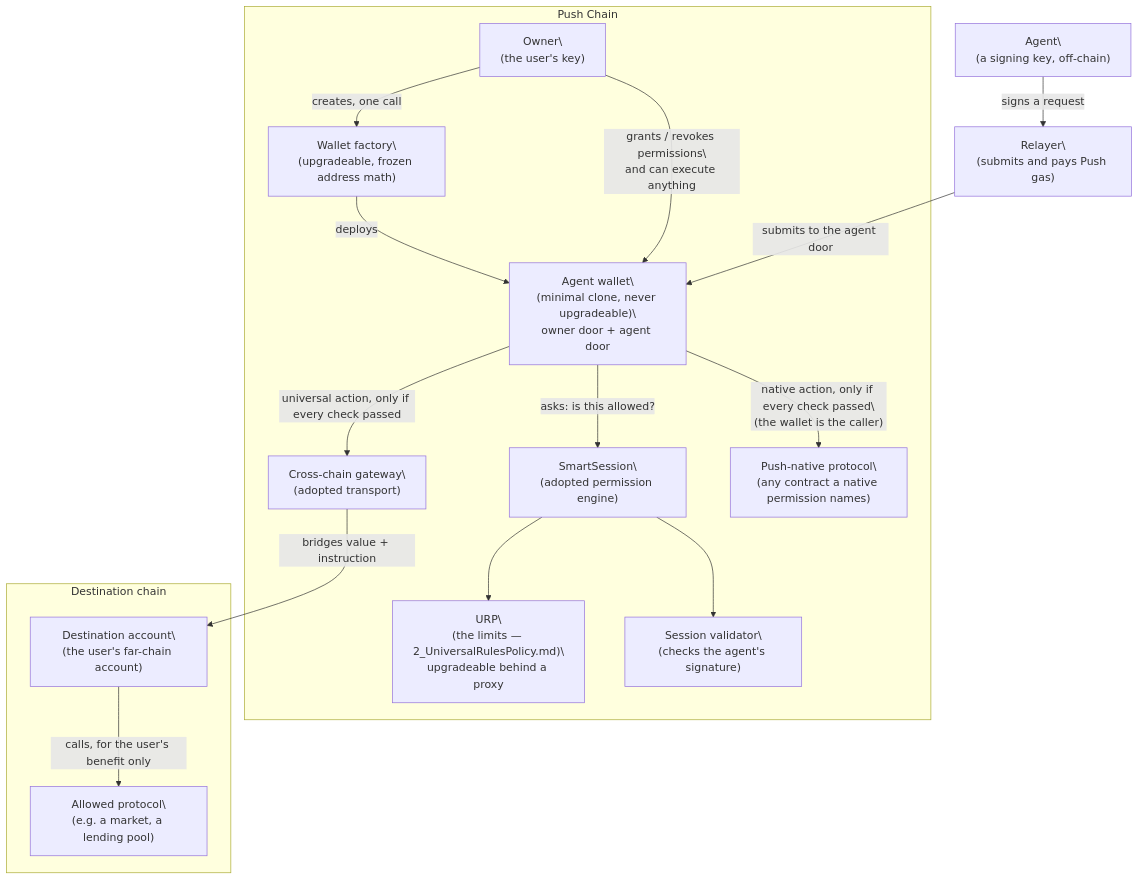
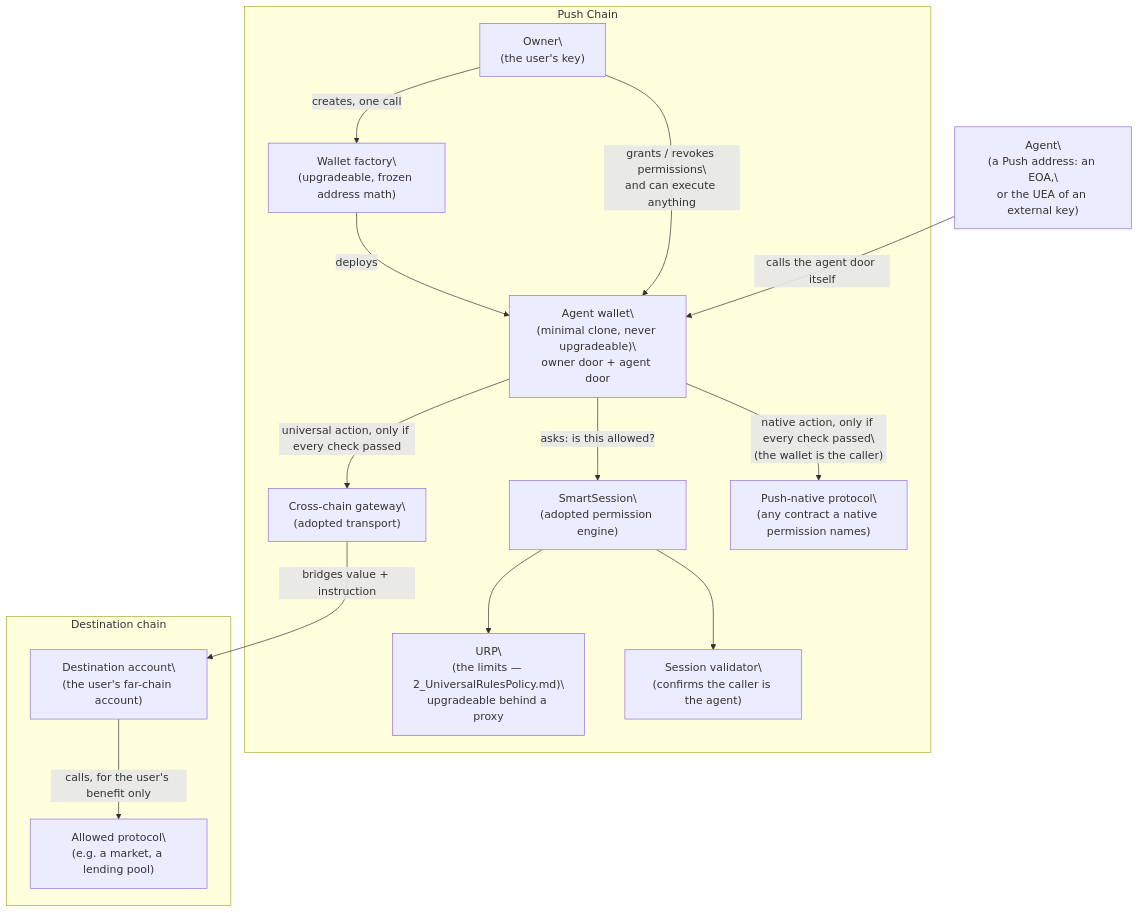
One commit to HusseinAdeiza/push-agentic-wallets changed the first of 4 diagrams in docs/1_AGW.md. Above: the diagram before and after it, drawn with Mermaid. The commit also changed other lines of this file and 33 other files, not shown here.

Commit message:
d3 pushSessionValidator-replaced-wd-AgentValidator

````diff
--- a/docs/1_AGW.md
+++ b/docs/1_AGW.md
@@ -104,48 +103,46 @@
 ```mermaid
 flowchart TB
   subgraph PUSH["Push Chain"]
     OWNER["Owner\
 (the user's key)"]
     FACTORY["Wallet factory\
 (upgradeable, frozen address math)"]
     WALLET["Agent wallet\
 (minimal clone, never upgradeable)\
 owner door + agent door"]
     SS["SmartSession\
 (adopted permission engine)"]
     URP["URP\
 (the limits — 2_UniversalRulesPolicy.md)\
 upgradeable behind a proxy"]
     VAL["Session validator\
-(checks the agent's signature)"]
+(confirms the caller is the agent)"]
     GW["Cross-chain gateway\
 (adopted transport)"]
     NP["Push-native protocol\
 (any contract a native permission names)"]
   end
   subgraph FAR["Destination chain"]
     CEA["Destination account\
 (the user's far-chain account)"]
     PROTO["Allowed protocol\
 (e.g. a market, a lending pool)"]
   end
   AGENT["Agent\
-(a signing key, off-chain)"]
-  RELAY["Relayer\
-(submits and pays Push gas)"]
+(a Push address: an EOA,\
+or the UEA of an external key)"]
 
   OWNER -- "creates, one call" --> FACTORY
   FACTORY -- "deploys" --> WALLET
   OWNER -- "grants / revokes permissions\
 and can execute anything" --> WALLET
-  AGENT -- "signs a request" --> RELAY
-  RELAY -- "submits to the agent door" --> WALLET
+  AGENT -- "calls the agent door itself" --> WALLET
   WALLET -- "asks: is this allowed?" --> SS
   SS --> URP
   SS --> VAL
   WALLET -- "universal action, only if every check passed" --> GW
   WALLET -- "native action, only if every check passed\
 (the wallet is the caller)" --> NP
   GW -- "bridges value + instruction" --> CEA
   CEA -- "calls, for the user's benefit only" --> PROTO
 ```
````
